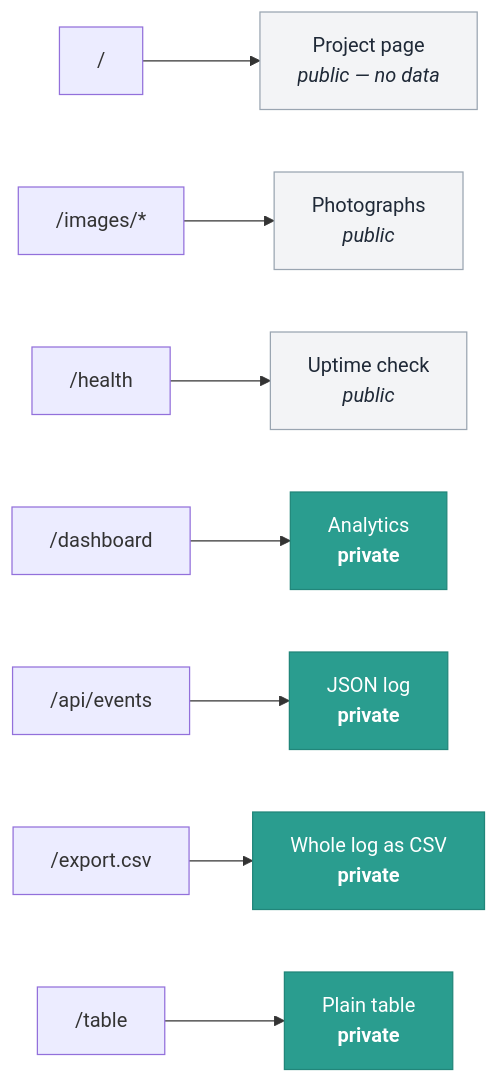
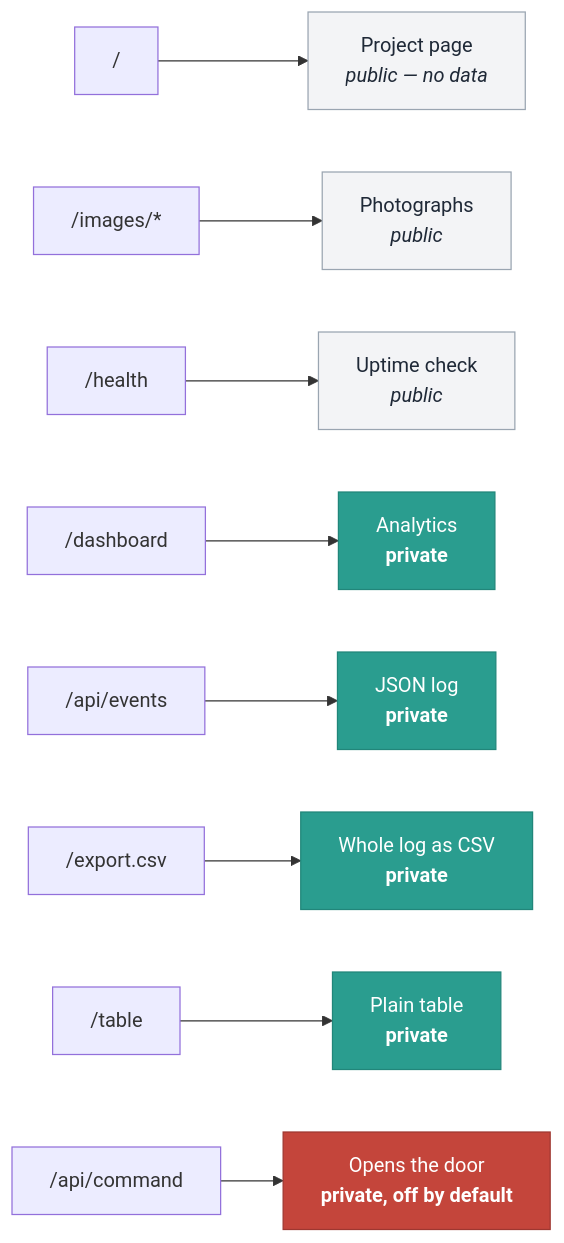
Before and after one commit to jchirayath/PetDoor: the third of 3 diagrams in docs/WEB-DASHBOARD.md, drawn with Mermaid. The commit also changed other lines of this file and 3 other files, not shown here.

````diff
--- a/docs/WEB-DASHBOARD.md
+++ b/docs/WEB-DASHBOARD.md
@@ -166,18 +166,20 @@
 ```mermaid
 flowchart LR
     P["/"] --> PD["Project page<br/><i>public — no data</i>"]
     I["/images/*"] --> ID["Photographs<br/><i>public</i>"]
     H["/health"] --> HD["Uptime check<br/><i>public</i>"]
     R["/dashboard"] --> RD["Analytics<br/><b>private</b>"]
     A["/api/events"] --> AD["JSON log<br/><b>private</b>"]
     C["/export.csv"] --> CD["Whole log as CSV<br/><b>private</b>"]
     T["/table"] --> TD["Plain table<br/><b>private</b>"]
+    M["/api/command"] --> MD["Opens the door<br/><b>private, off by default</b>"]
 
     style PD fill:#f3f4f6,stroke:#9AA5B1,color:#1f2937
     style ID fill:#f3f4f6,stroke:#9AA5B1,color:#1f2937
     style HD fill:#f3f4f6,stroke:#9AA5B1,color:#1f2937
     style RD fill:#2A9D8F,stroke:#21867A,color:#ffffff
     style AD fill:#2A9D8F,stroke:#21867A,color:#ffffff
     style CD fill:#2A9D8F,stroke:#21867A,color:#ffffff
     style TD fill:#2A9D8F,stroke:#21867A,color:#ffffff
+    style MD fill:#C4453B,stroke:#9E3730,color:#ffffff
 ```
````
